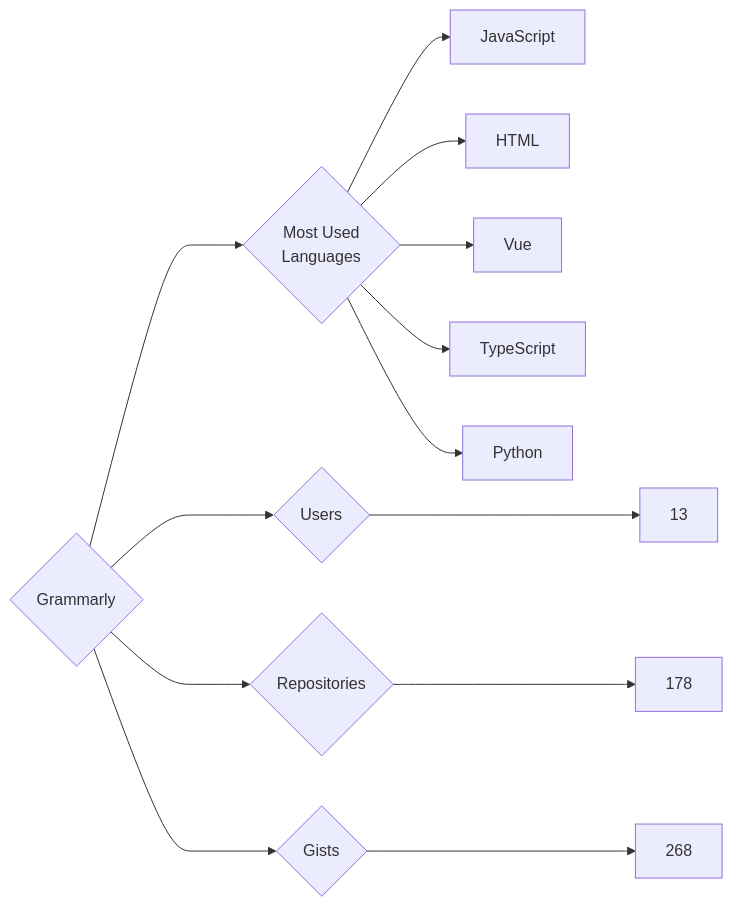
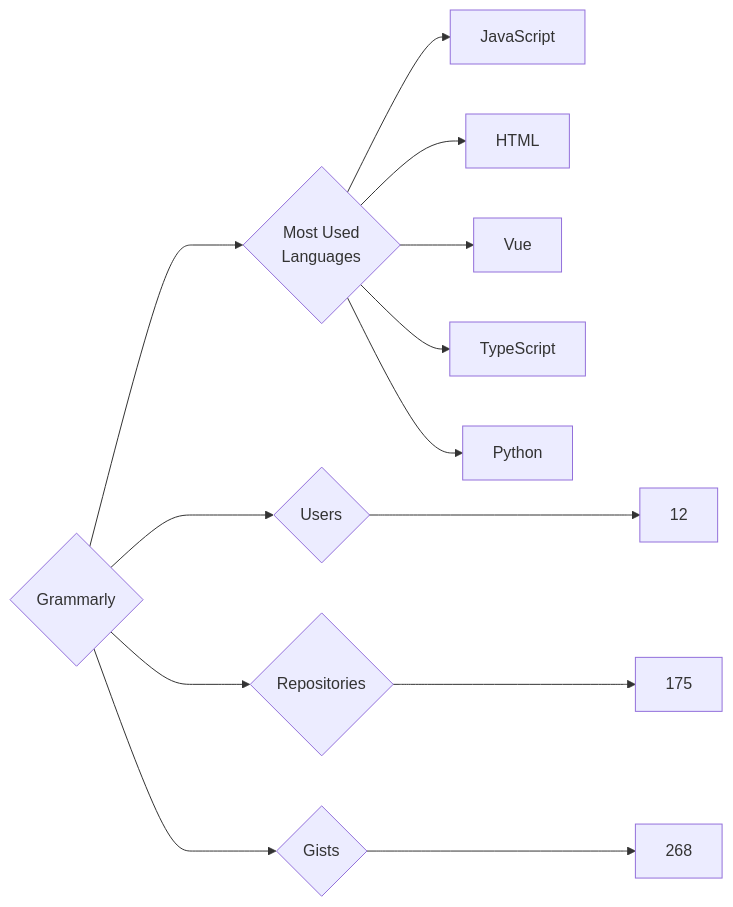
Before and after one commit to trickest/insiders: the diagram in targets/Grammarly/README.md, drawn with Mermaid. The commit also changed 1030 other files, not shown here.

````diff
--- a/targets/Grammarly/README.md
+++ b/targets/Grammarly/README.md
@@ -3,13 +3,13 @@
 ```mermaid
 graph LR
 COMPANY_NAME{Grammarly}
-COMPANY_NAME ---> U{Users} ---> UN[13]
-COMPANY_NAME ---> R{Repositories} ---> RN[178]
+COMPANY_NAME ---> U{Users} ---> UN[12]
+COMPANY_NAME ---> R{Repositories} ---> RN[175]
 COMPANY_NAME ---> G{Gists} ---> GN[268]
 COMPANY_NAME ---> ML{Most Used<br>Languages}
 ML --> JavaScript[JavaScript]
 ML --> HTML[HTML]
 ML --> Vue[Vue]
 ML --> TypeScript[TypeScript]
 ML --> Python[Python]
 ```
````
